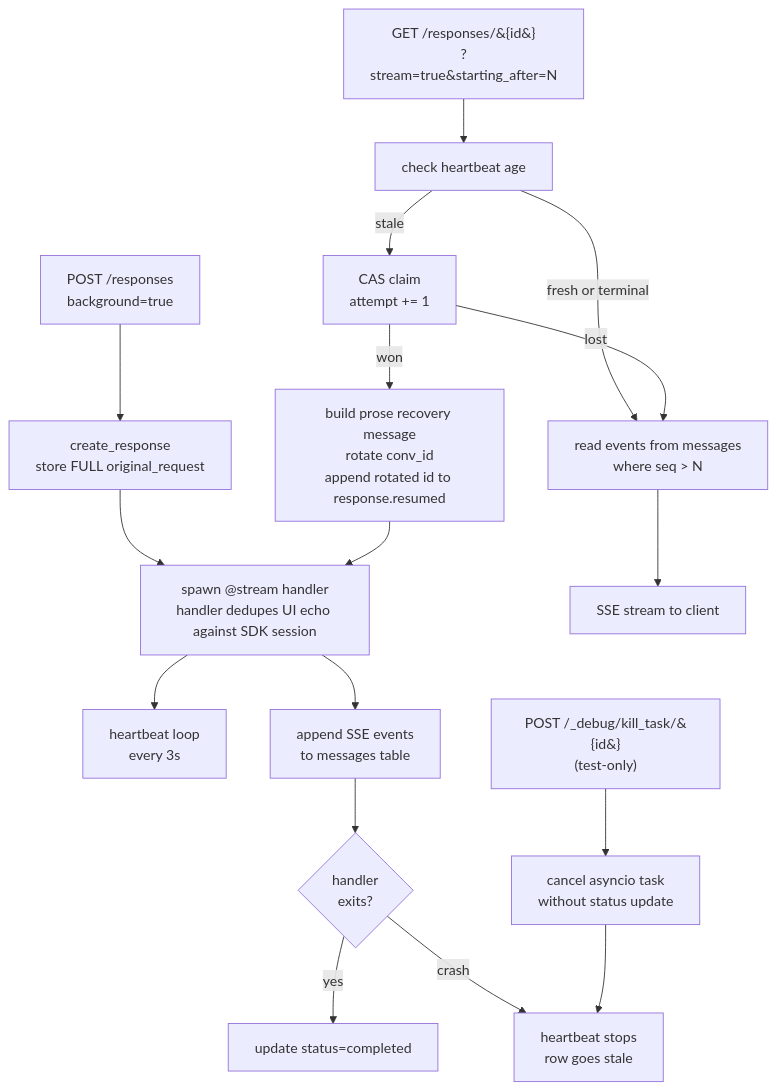
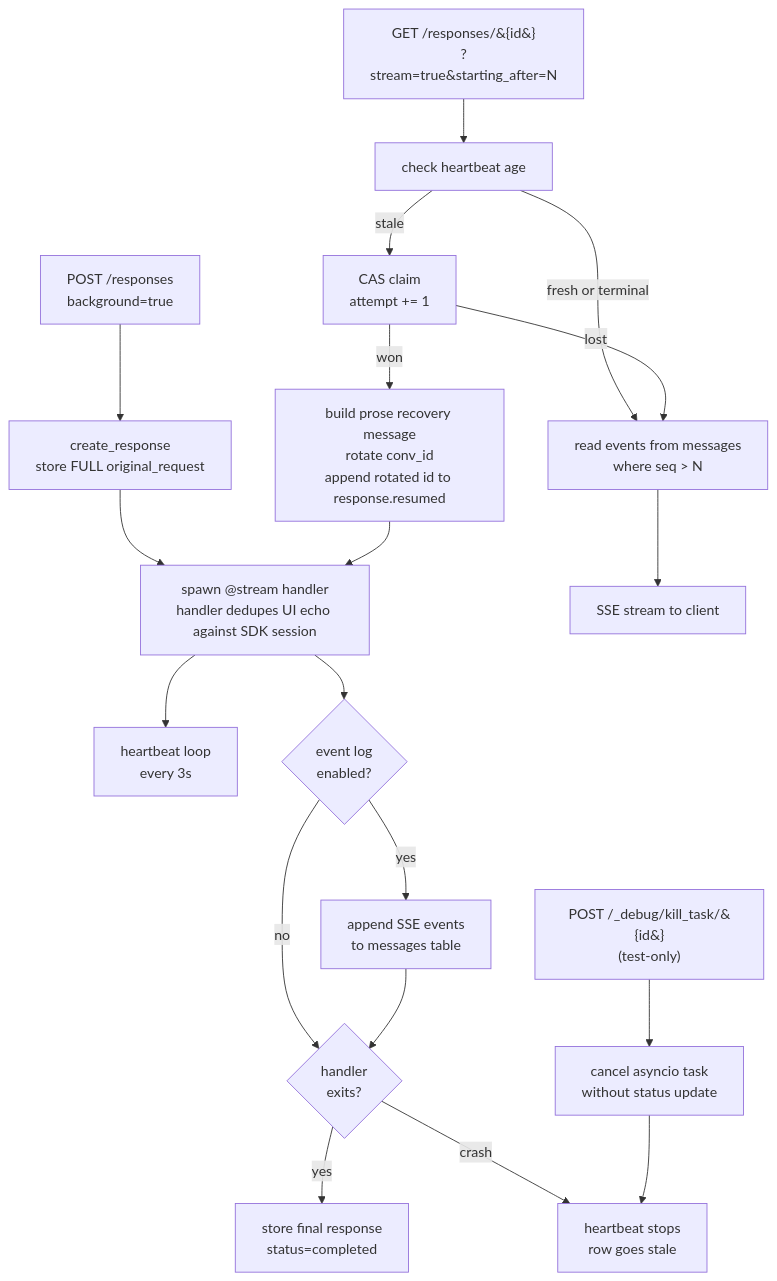
One commit to databricks/databricks-ai-bridge changed the fifth of 9 diagrams in src/databricks_ai_bridge/long_running/AGENTS.md. Above: the diagram before and after it, drawn with Mermaid. The commit also changed other lines of this file and 32 other files, not shown here.

````diff
--- a/src/databricks_ai_bridge/long_running/AGENTS.md
+++ b/src/databricks_ai_bridge/long_running/AGENTS.md
@@ -208,21 +227,23 @@
 ```mermaid
 flowchart TD
     POST["POST /responses<br/>background=true"] --> CR[create_response<br/>store FULL original_request]
     CR --> SPAWN[spawn @stream handler<br/>handler dedupes UI echo against SDK session]
     SPAWN --> HB[heartbeat loop<br/>every 3s]
-    SPAWN --> EMIT[append SSE events<br/>to messages table]
-    EMIT --> DONE{handler<br/>exits?}
-    DONE -- yes --> COMPLETE[update status=completed]
+    SPAWN --> EMIT{event log<br/>enabled?}
+    EMIT -->|yes| APPEND[append SSE events<br/>to messages table]
+    EMIT -->|no| DONE
+    APPEND --> DONE{handler<br/>exits?}
+    DONE -- yes --> COMPLETE[store final response<br/>status=completed]
     DONE -- crash --> STALE[heartbeat stops<br/>row goes stale]
 
     GET["GET /responses/&#123;id&#125;<br/>?stream=true&starting_after=N"] --> CHECK[check heartbeat age]
     CHECK -->|fresh or terminal| READ[read events from messages<br/>where seq > N]
     CHECK -->|stale| CLAIM[CAS claim<br/>attempt += 1]
     CLAIM -->|won| BUILD[build prose recovery message<br/>rotate conv_id<br/>append rotated id to response.resumed]
     CLAIM -->|lost| READ
     BUILD --> SPAWN
     READ --> STREAM[SSE stream to client]
 
     KILL["POST /_debug/kill_task/&#123;id&#125;<br/>(test-only)"] --> CANCEL[cancel asyncio task<br/>without status update]
     CANCEL --> STALE
 ```
````
